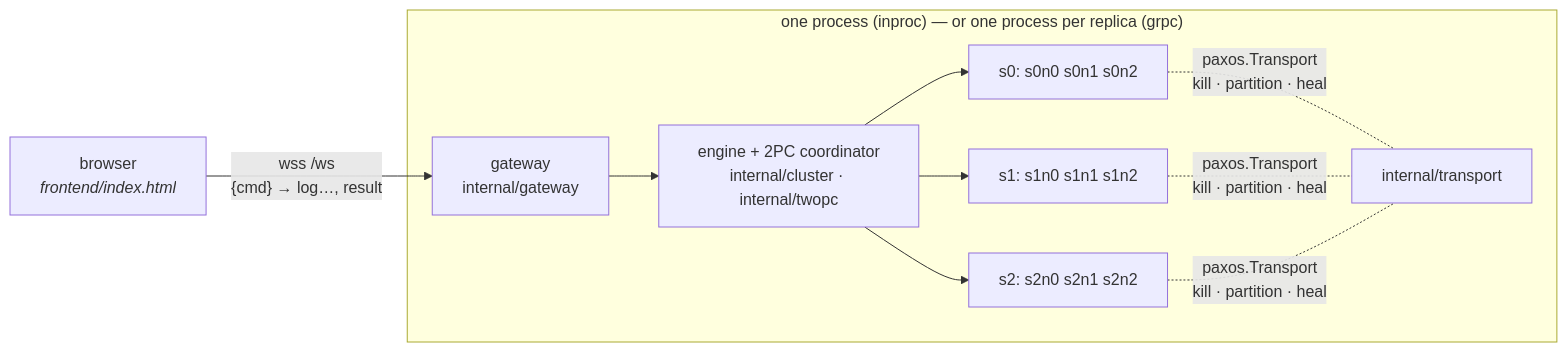
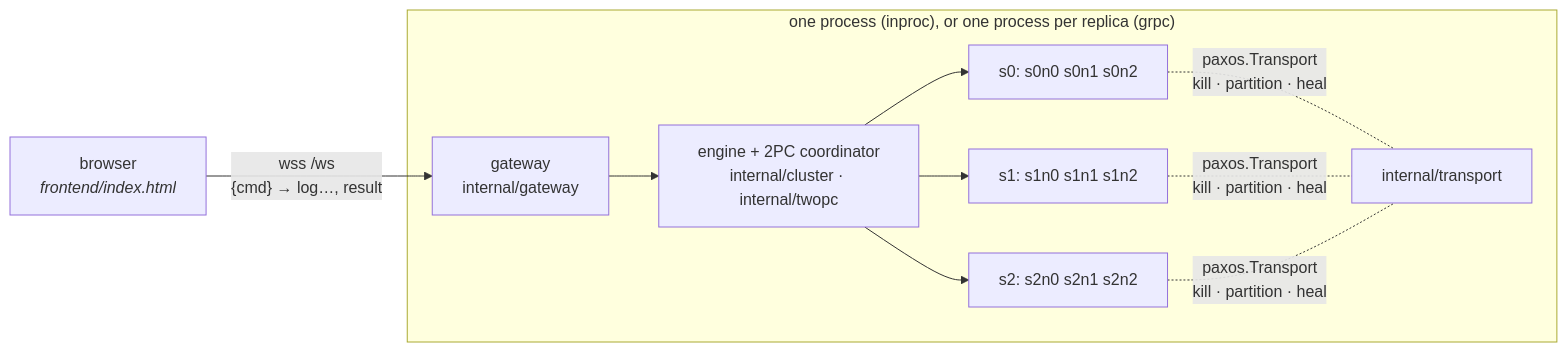
Before and after one commit to tusharpanthri/paxos-2pc-payments: the second of 2 diagrams in README.md, drawn with Mermaid. The commit also changed other lines of this file and 11 other files, not shown here.

````diff
--- a/README.md
+++ b/README.md
@@ -229,11 +251,11 @@
 ```mermaid
 flowchart LR
     B["browser<br/><i>frontend/index.html</i>"] -- "wss /ws<br/>{cmd} → log…, result" --> G
-    subgraph P["one process (inproc) — or one process per replica (grpc)"]
+    subgraph P["one process (inproc), or one process per replica (grpc)"]
       G["gateway<br/>internal/gateway"] --> E["engine + 2PC coordinator<br/>internal/cluster · internal/twopc"]
       E --> S0["s0: s0n0 s0n1 s0n2"]
       E --> S1["s1: s1n0 s1n1 s1n2"]
       E --> S2["s2: s2n0 s2n1 s2n2"]
       S0 & S1 & S2 -. "paxos.Transport<br/>kill · partition · heal" .- T["internal/transport"]
     end
 ```
````
